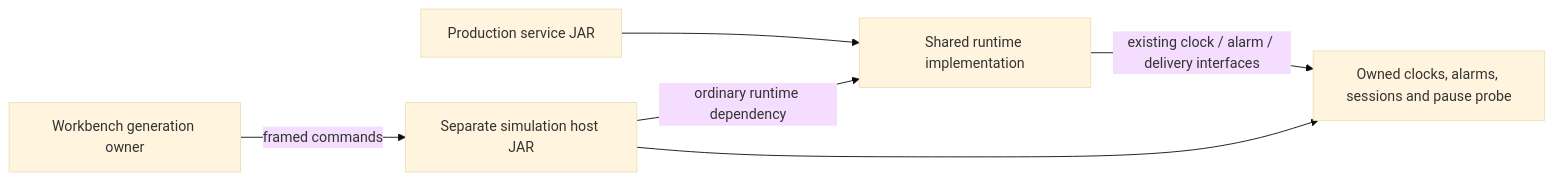
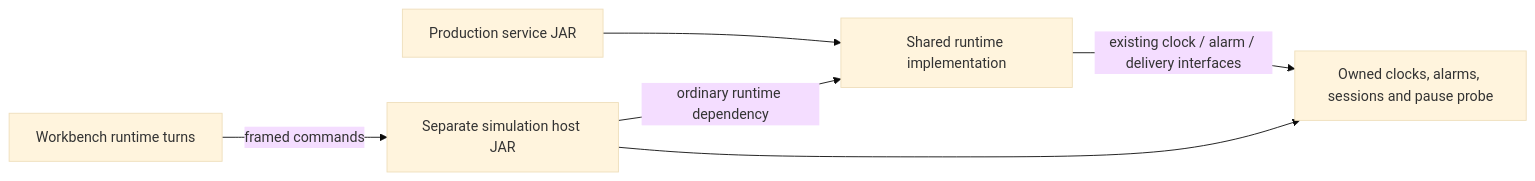
The diagram in docs/design/timeline-restart-boundary.md (sproates/zooglass), drawn with Mermaid (base theme) before and after one commit. The commit also changed other lines of this file and 3 other files, not shown here.

````diff
--- a/docs/design/timeline-restart-boundary.md
+++ b/docs/design/timeline-restart-boundary.md
@@ -65,8 +70,8 @@
 ```mermaid
 flowchart LR
   service["Production service JAR"] --> core["Shared runtime implementation"]
   host["Separate simulation host JAR"] -->|ordinary runtime dependency| core
   host --> owned["Owned clocks, alarms, sessions and pause probe"]
-  workbench["Workbench generation owner"] -->|framed commands| host
+  workbench["Workbench runtime turns"] -->|framed commands| host
   core -->|existing clock / alarm / delivery interfaces| owned
 ```
````
